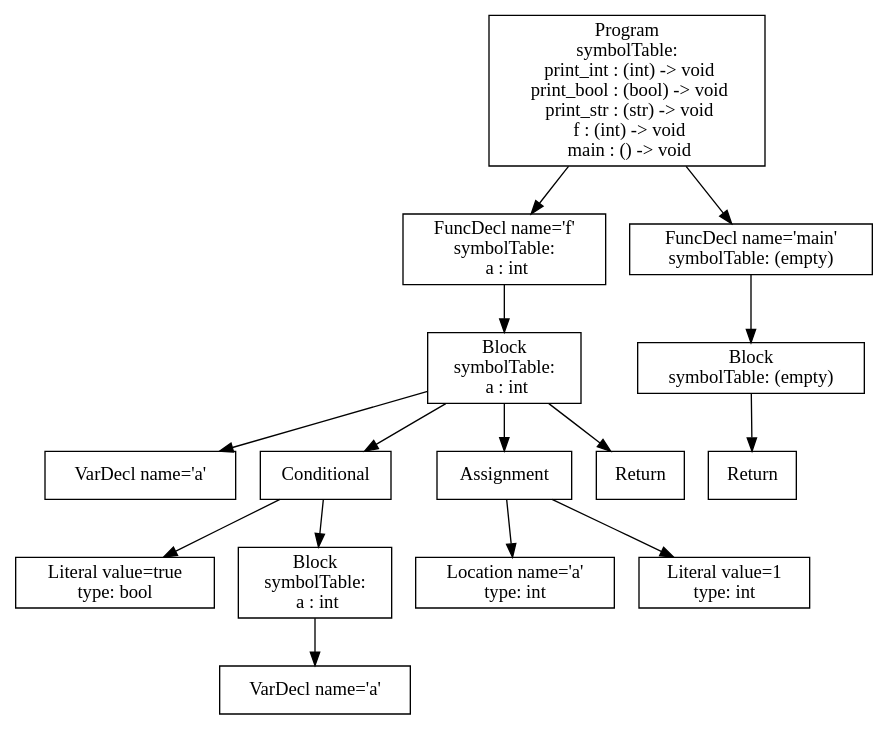
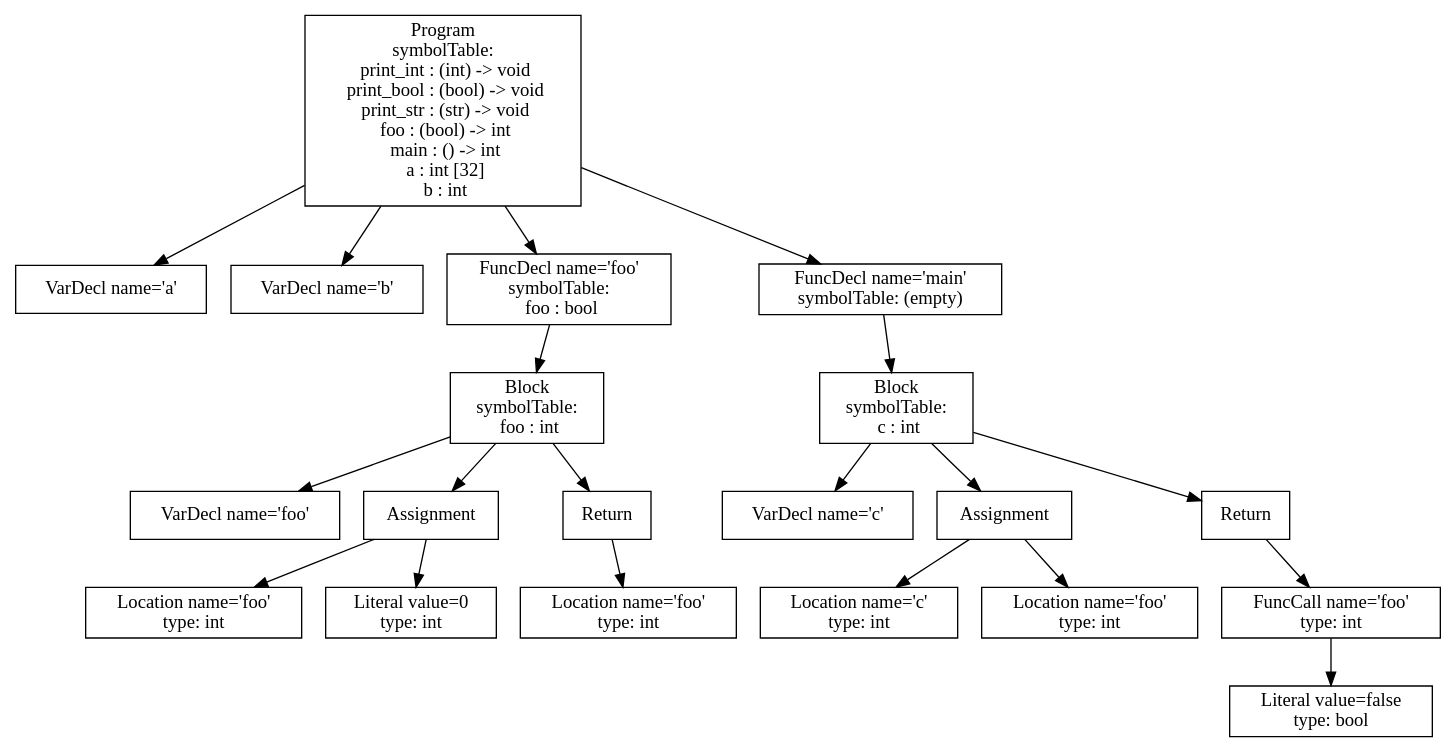
Before and after one commit to purejerome/cs432_project: the diagram in p3-analysis/tree.dot, drawn with Graphviz. The commit also changed 15 other files, not shown here.

```diff
--- a/p3-analysis/tree.dot
+++ b/p3-analysis/tree.dot
@@ -1,31 +1,41 @@
 digraph AST {
-3 [shape=box, label="VarDecl name='a'"];
-5 [shape=box, label="Literal value=true\ntype: bool"];
-7 [shape=box, label="VarDecl name='a'"];
-6 [shape=box, label="Block\nsymbolTable: \n  a : int"];
+1 [shape=box, label="VarDecl name='a'"];
+2 [shape=box, label="VarDecl name='b'"];
+5 [shape=box, label="VarDecl name='foo'"];
+7 [shape=box, label="Location name='foo'\ntype: int"];
+8 [shape=box, label="Literal value=0\ntype: int"];
+6 [shape=box, label="Assignment"];
 6 -> 7;
-4 [shape=box, label="Conditional"];
+6 -> 8;
+10 [shape=box, label="Location name='foo'\ntype: int"];
+9 [shape=box, label="Return"];
+9 -> 10;
+4 [shape=box, label="Block\nsymbolTable: \n  foo : int"];
 4 -> 5;
 4 -> 6;
-9 [shape=box, label="Location name='a'\ntype: int"];
-10 [shape=box, label="Literal value=1\ntype: int"];
-8 [shape=box, label="Assignment"];
-8 -> 9;
-8 -> 10;
-11 [shape=box, label="Return"];
-2 [shape=box, label="Block\nsymbolTable: \n  a : int"];
-2 -> 3;
-2 -> 4;
-2 -> 8;
-2 -> 11;
-1 [shape=box, label="FuncDecl name='f'\nsymbolTable: \n  a : int"];
-1 -> 2;
-14 [shape=box, label="Return"];
-13 [shape=box, label="Block\nsymbolTable: (empty)"];
-13 -> 14;
-12 [shape=box, label="FuncDecl name='main'\nsymbolTable: (empty)"];
+4 -> 9;
+3 [shape=box, label="FuncDecl name='foo'\nsymbolTable: \n  foo : bool"];
+3 -> 4;
+13 [shape=box, label="VarDecl name='c'"];
+15 [shape=box, label="Location name='c'\ntype: int"];
+16 [shape=box, label="Location name='foo'\ntype: int"];
+14 [shape=box, label="Assignment"];
+14 -> 15;
+14 -> 16;
+19 [shape=box, label="Literal value=false\ntype: bool"];
+18 [shape=box, label="FuncCall name='foo'\ntype: int"];
+18 -> 19;
+17 [shape=box, label="Return"];
+17 -> 18;
+12 [shape=box, label="Block\nsymbolTable: \n  c : int"];
 12 -> 13;
-0 [shape=box, label="Program\nsymbolTable: \n  print_int : (int) -> void\n  print_bool : (bool) -> void\n  print_str : (str) -> void\n  f : (int) -> void\n  main : () -> void"];
+12 -> 14;
+12 -> 17;
+11 [shape=box, label="FuncDecl name='main'\nsymbolTable: (empty)"];
+11 -> 12;
+0 [shape=box, label="Program\nsymbolTable: \n  print_int : (int) -> void\n  print_bool : (bool) -> void\n  print_str : (str) -> void\n  foo : (bool) -> int\n  main : () -> int\n  a : int [32]\n  b : int"];
 0 -> 1;
-0 -> 12;
+0 -> 2;
+0 -> 3;
+0 -> 11;
 }
```
